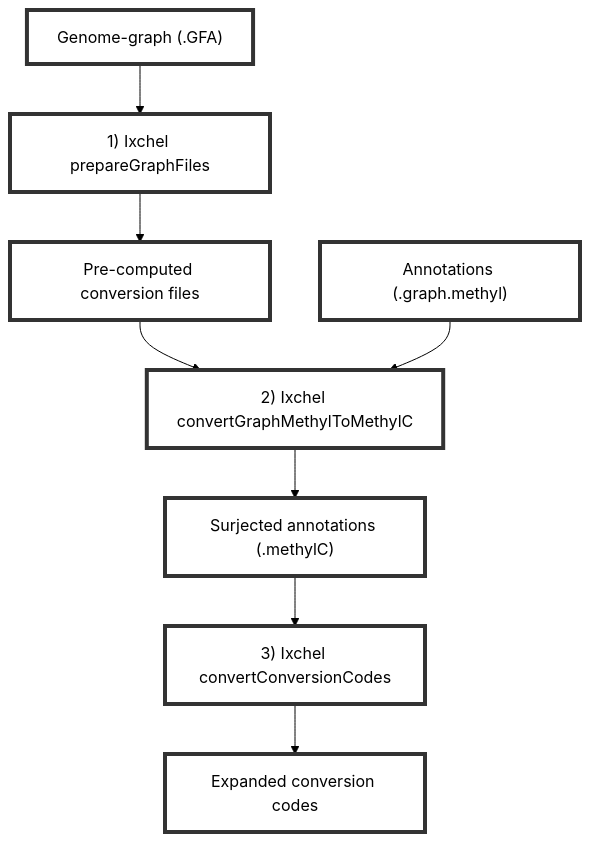
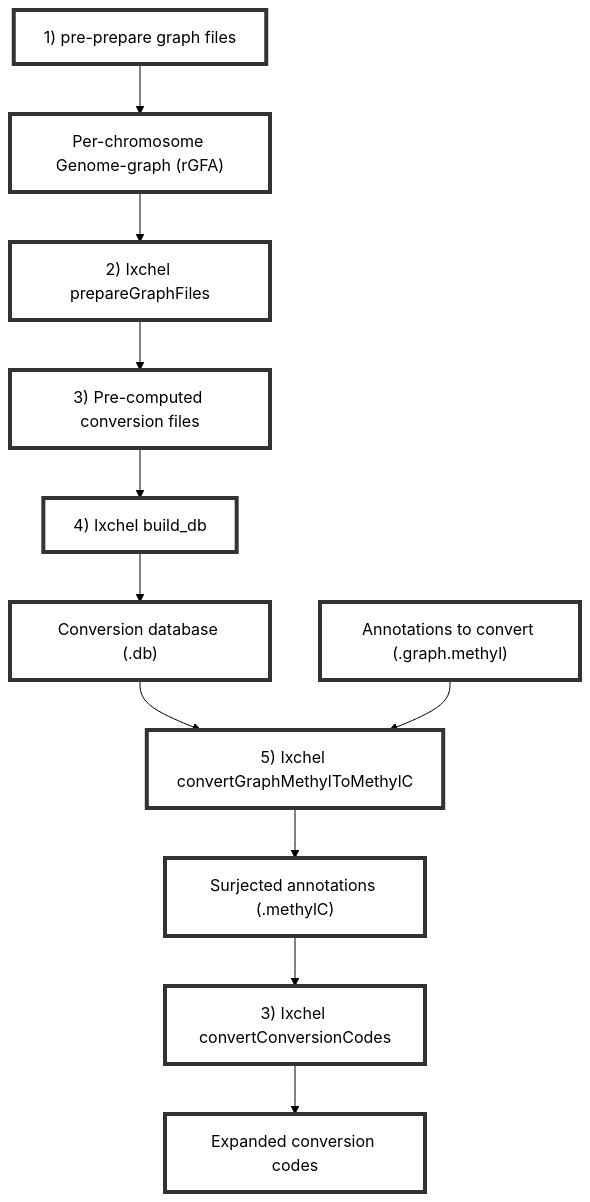
Before and after one commit to twlab/Ixchel: the diagram in README.md, drawn with Mermaid (forest theme). The commit also changed other lines of this file, not shown here.

Commit message:
Update README.md to enhance Ixchel process documentation and clarify graph preparation steps

````diff
--- a/README.md
+++ b/README.md
@@ -8,12 +25,15 @@
 ```mermaid
 flowchart TB
-    Genomegraph["Genome-graph (.GFA)"] --> IxchelPrep["1) Ixchel prepareGraphFiles"]
-    IxchelPrep --> GraphFiles["Pre-computed conversion files"]
-    GraphFiles --> IxchelSurject["2) Ixchel convertGraphMethylToMethylC"]
-    Annotations["Annotations (.graph.methyl)"] --> IxchelSurject
+    Genomegraph["1) pre-prepare graph files"] --> Chromgraph["Per-chromosome Genome-graph (rGFA)"]
+    Chromgraph --> IxchelPrep["2) Ixchel prepareGraphFiles"]
+    IxchelPrep --> GraphFiles["3) Pre-computed conversion files"]
+    GraphFiles --> Ixchelbuild_db["4) Ixchel build_db"]
+    Ixchelbuild_db --> LookupDB["Conversion database (.db)"]
+    LookupDB --> IxchelSurject["5) Ixchel convertGraphMethylToMethylC"]
+    Annotations["Annotations to convert (.graph.methyl)"] --> IxchelSurject
     IxchelSurject --> SurjectedAnnotations["Surjected annotations (.methylC)"]
     SurjectedAnnotations --> IxchelInterpretCodes["3) Ixchel convertConversionCodes"]
     IxchelInterpretCodes --> ExpandedCodes["Expanded conversion codes"]
     
     classDef default fill:#fff,stroke:#333,stroke-width:4px,color:black;
 ```
````
